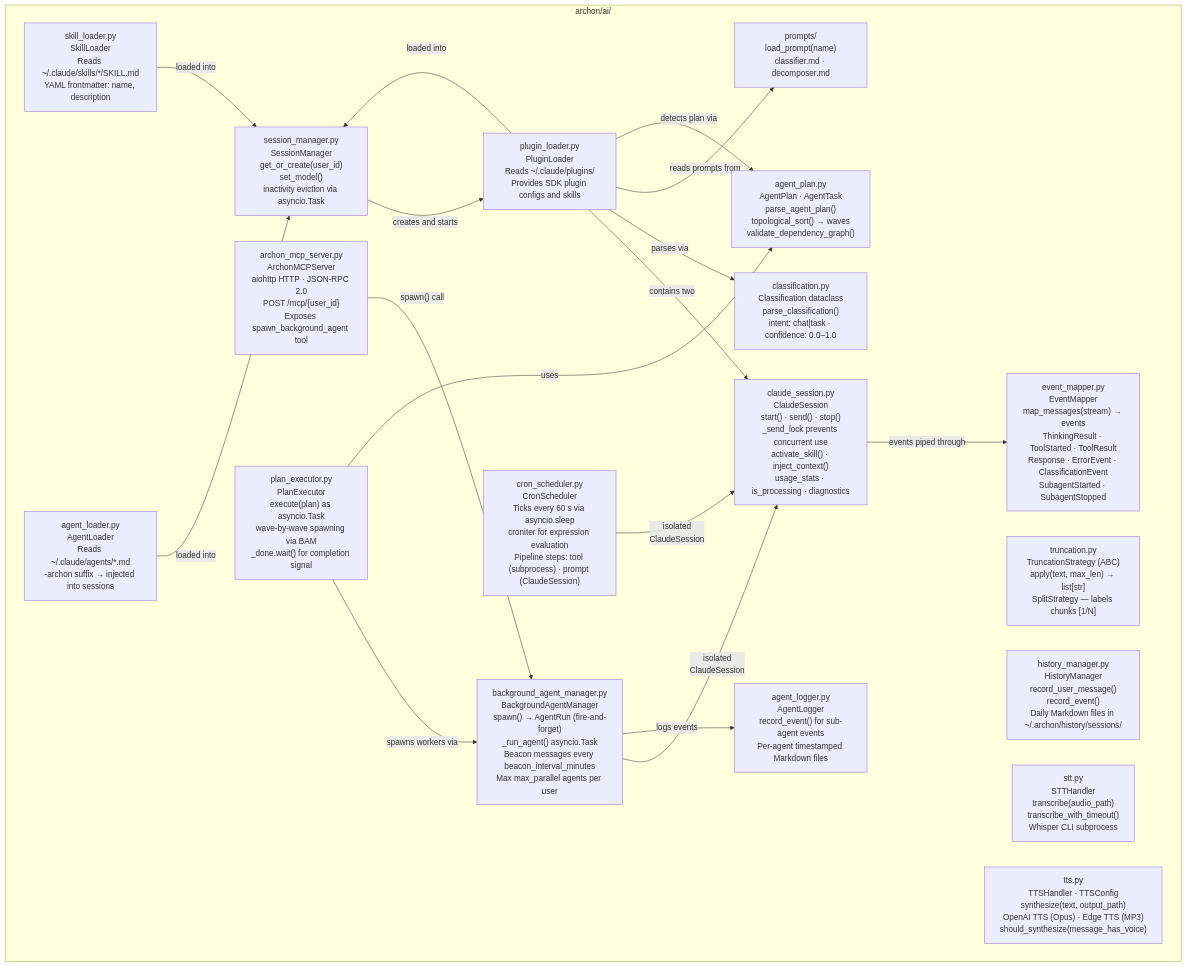
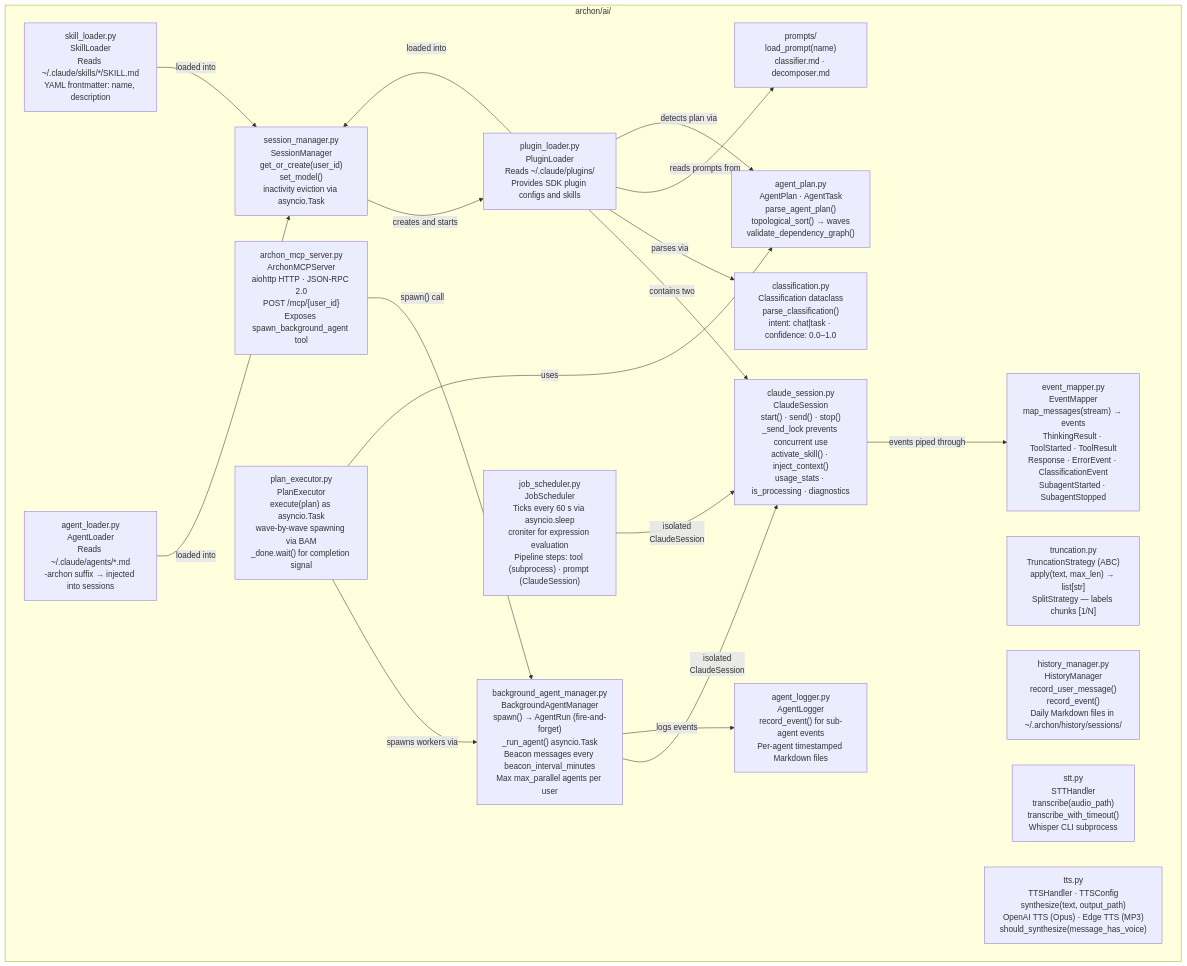
Before and after one commit to user538295/archon-assistant: the fourth of 6 diagrams in Documentation/Architecture/100_system_architecture_overview.md, drawn with Mermaid. The commit also changed other lines of this file and 40 other files, not shown here.

````diff
--- a/Documentation/Architecture/100_system_architecture_overview.md
+++ b/Documentation/Architecture/100_system_architecture_overview.md
@@ -165,40 +165,40 @@
 ```mermaid
 graph TB
     subgraph ai["archon/ai/"]
         sm["session_manager.py<br/>SessionManager<br/>get_or_create(user_id)<br/>set_model()<br/>inactivity eviction via asyncio.Task"]
         pl["pipeline.py<br/>Pipeline<br/>Classifier (Haiku) → Decomposer (user model)<br/>Duck-types as ClaudeSession<br/>Graceful degradation on Classifier failure"]
         cs["claude_session.py<br/>ClaudeSession<br/>start() · send() · stop()<br/>_send_lock prevents concurrent use<br/>activate_skill() · inject_context()<br/>usage_stats · is_processing · diagnostics"]
         cls["classification.py<br/>Classification dataclass<br/>parse_classification()<br/>intent: chat|task · confidence: 0.0–1.0"]
         prompts["prompts/<br/>load_prompt(name)<br/>classifier.md · decomposer.md"]
         em["event_mapper.py<br/>EventMapper<br/>map_messages(stream) → events<br/>ThinkingResult · ToolStarted · ToolResult<br/>Response · ErrorEvent · ClassificationEvent<br/>SubagentStarted · SubagentStopped"]
         trunc["truncation.py<br/>TruncationStrategy (ABC)<br/>apply(text, max_len) → list[str]<br/>SplitStrategy — labels chunks [1/N]"]
         sl["skill_loader.py<br/>SkillLoader<br/>Reads ~/.claude/skills/*/SKILL.md<br/>YAML frontmatter: name, description"]
         pl["plugin_loader.py<br/>PluginLoader<br/>Reads ~/.claude/plugins/<br/>Provides SDK plugin configs and skills"]
         ald["agent_loader.py<br/>AgentLoader<br/>Reads ~/.claude/agents/*.md<br/>-archon suffix → injected into sessions"]
         hm["history_manager.py<br/>HistoryManager<br/>record_user_message()<br/>record_event()<br/>Daily Markdown files in ~/.archon/history/sessions/"]
         agl["agent_logger.py<br/>AgentLogger<br/>record_event() for sub-agent events<br/>Per-agent timestamped Markdown files"]
         bam["background_agent_manager.py<br/>BackgroundAgentManager<br/>spawn() → AgentRun (fire-and-forget)<br/>_run_agent() asyncio.Task<br/>Beacon messages every beacon_interval_minutes<br/>Max max_parallel agents per user"]
         mcp["archon_mcp_server.py<br/>ArchonMCPServer<br/>aiohttp HTTP · JSON-RPC 2.0<br/>POST /mcp/{user_id}<br/>Exposes spawn_background_agent tool"]
-        cron["cron_scheduler.py<br/>CronScheduler<br/>Ticks every 60 s via asyncio.sleep<br/>croniter for expression evaluation<br/>Pipeline steps: tool (subprocess) · prompt (ClaudeSession)"]
+        sched2["job_scheduler.py<br/>JobScheduler<br/>Ticks every 60 s via asyncio.sleep<br/>croniter for expression evaluation<br/>Pipeline steps: tool (subprocess) · prompt (ClaudeSession)"]
         ap["agent_plan.py<br/>AgentPlan · AgentTask<br/>parse_agent_plan()<br/>topological_sort() → waves<br/>validate_dependency_graph()"]
         pe["plan_executor.py<br/>PlanExecutor<br/>execute(plan) as asyncio.Task<br/>wave-by-wave spawning via BAM<br/>_done.wait() for completion signal"]
         stt["stt.py<br/>STTHandler<br/>transcribe(audio_path)<br/>transcribe_with_timeout()<br/>Whisper CLI subprocess"]
         tts["tts.py<br/>TTSHandler · TTSConfig<br/>synthesize(text, output_path)<br/>OpenAI TTS (Opus) · Edge TTS (MP3)<br/>should_synthesize(message_has_voice)"]
     end
 
     sm -->|"creates and starts"| pl
     pl -->|"contains two"| cs
     pl -->|"parses via"| cls
     pl -->|"reads prompts from"| prompts
     pl -->|"detects plan via"| ap
     cs -->|"events piped through"| em
     sl -->|"loaded into"| sm
     pl -->|"loaded into"| sm
     ald -->|"loaded into"| sm
     mcp -->|"spawn() call"| bam
     bam -->|"isolated<br/>ClaudeSession"| cs
     bam -->|"logs events"| agl
-    cron -->|"isolated<br/>ClaudeSession"| cs
+    sched2 -->|"isolated<br/>ClaudeSession"| cs
     pe -->|"spawns workers via"| bam
     pe -->|"uses"| ap
 ```
````
